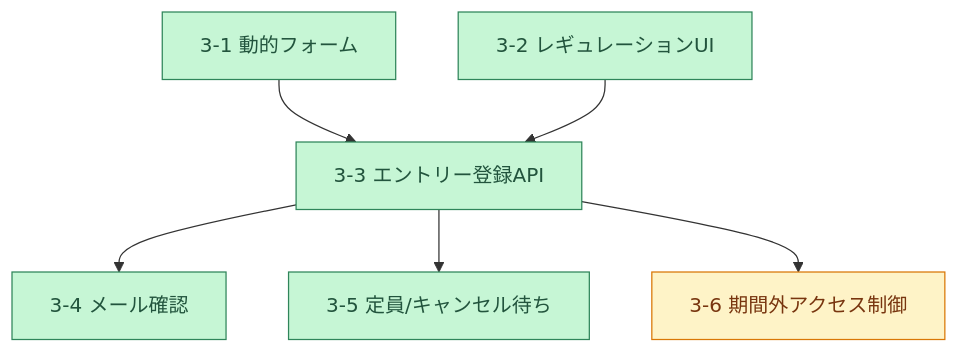
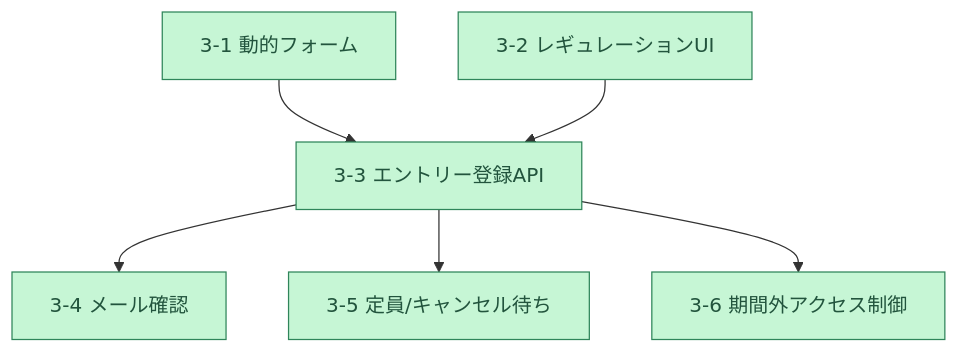
One commit to m-uesaka/regional-quiz-entry-form changed the fifth of 7 diagrams in tasks.md. Above: the diagram before and after it, drawn with Mermaid. The commit also changed other lines of this file and 9 other files, not shown here.

````diff
--- a/tasks.md
+++ b/tasks.md
@@ -128,11 +128,11 @@
 ```mermaid
 graph TD
   T31["3-1 動的フォーム"]:::done --> T33["3-3 エントリー登録API"]:::done
   T32["3-2 レギュレーションUI"]:::done --> T33
   T33 --> T34["3-4 メール確認"]:::done
   T33 --> T35["3-5 定員/キャンセル待ち"]:::done
-  T33 --> T36["3-6 期間外アクセス制御"]:::next
+  T33 --> T36["3-6 期間外アクセス制御"]:::done
 
   classDef done fill:#c6f6d5,stroke:#2f855a,color:#22543d;
   classDef next fill:#fef3c7,stroke:#d97706,color:#78350f;
 ```
````
